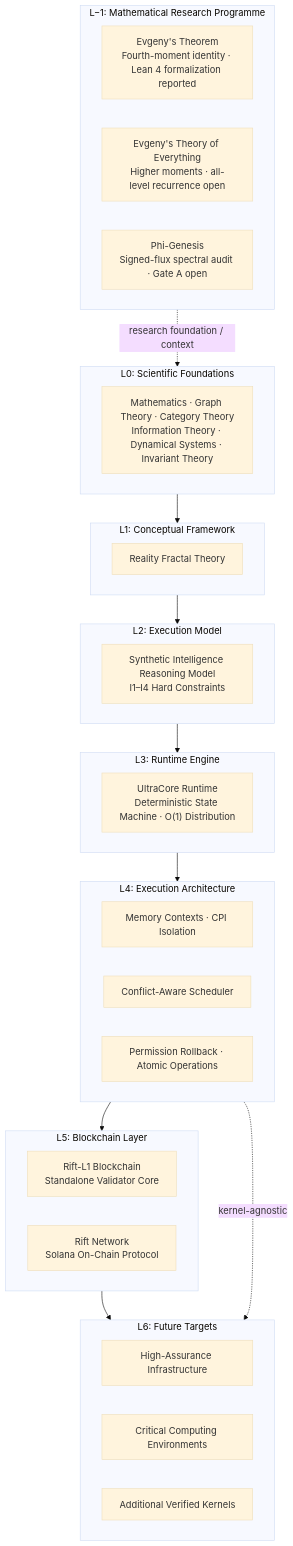
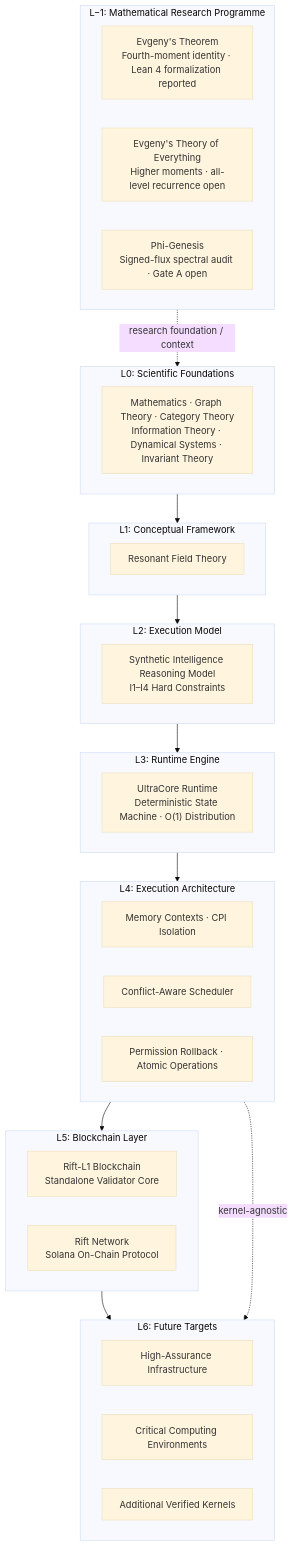
Before and after one commit to RFT-SIRM/UltraCore-RFT: the first of 2 diagrams in docs/platform.md, drawn with Mermaid (base theme). The commit also changed other lines of this file, not shown here.

Commit message:
Align platform terminology with Resonant Field Theory

````diff
--- a/docs/platform.md
+++ b/docs/platform.md
@@ -41,42 +41,42 @@
 ```mermaid
 flowchart TB
  subgraph Lminus1["L−1: Mathematical Research Programme"]
  THEOREM["Evgeny's Theorem\nFourth-moment identity · Lean 4 formalization reported"]
  TOE["Evgeny's Theory of Everything\nHigher moments · all-level recurrence open"]
  PHI["Phi-Genesis\nSigned-flux spectral audit · Gate A open"]
  end
  subgraph L0["L0: Scientific Foundations"]
  MATH["Mathematics · Graph Theory · Category Theory\nInformation Theory · Dynamical Systems · Invariant Theory"]
  end
  subgraph L1["L1: Conceptual Framework"]
- RFT["Reality Fractal Theory"]
+ RFT["Resonant Field Theory"]
  end
  subgraph L2["L2: Execution Model"]
  SIRM["Synthetic Intelligence Reasoning Model\nI1–I4 Hard Constraints"]
  end
  subgraph L3["L3: Runtime Engine"]
  UC["UltraCore Runtime\nDeterministic State Machine · O(1) Distribution"]
  end
  subgraph L4["L4: Execution Architecture"]
  MEM["Memory Contexts · CPI Isolation"]
  SCHED["Conflict-Aware Scheduler"]
  ROLL["Permission Rollback · Atomic Operations"]
  end
  subgraph L5["L5: Blockchain Layer"]
  L1B["Rift-L1 Blockchain\nStandalone Validator Core"]
  NET["Rift Network\nSolana On-Chain Protocol"]
  end
  subgraph L6["L6: Future Targets"]
  HA["High-Assurance Infrastructure"]
  CRIT["Critical Computing Environments"]
  KERNEL["Additional Verified Kernels"]
  end
  Lminus1 -.->|"research foundation / context"| L0
  L0 --> L1
  L1 --> L2
  L2 --> L3
  L3 --> L4
  L4 --> L5
  L5 --> L6
  L4 -.->|"kernel-agnostic"| L6
 ```
````
